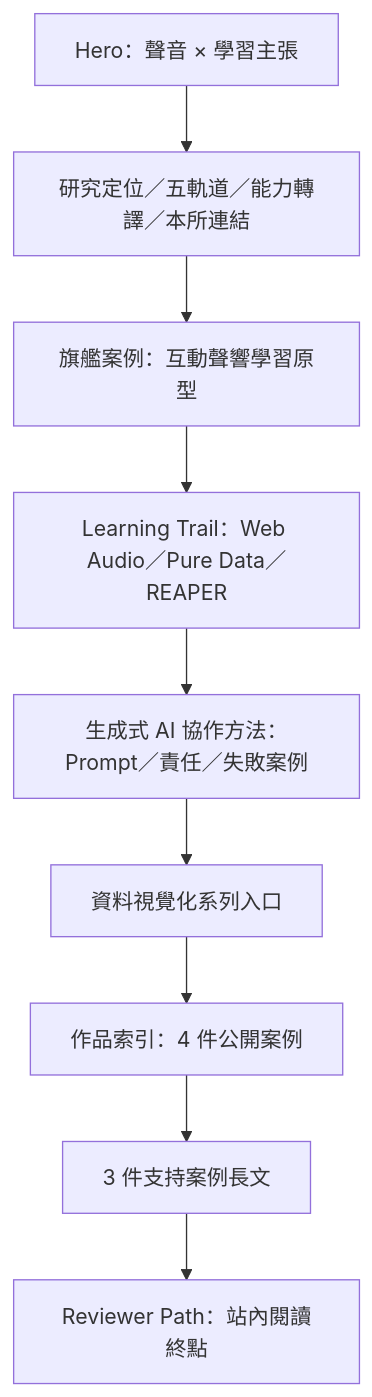
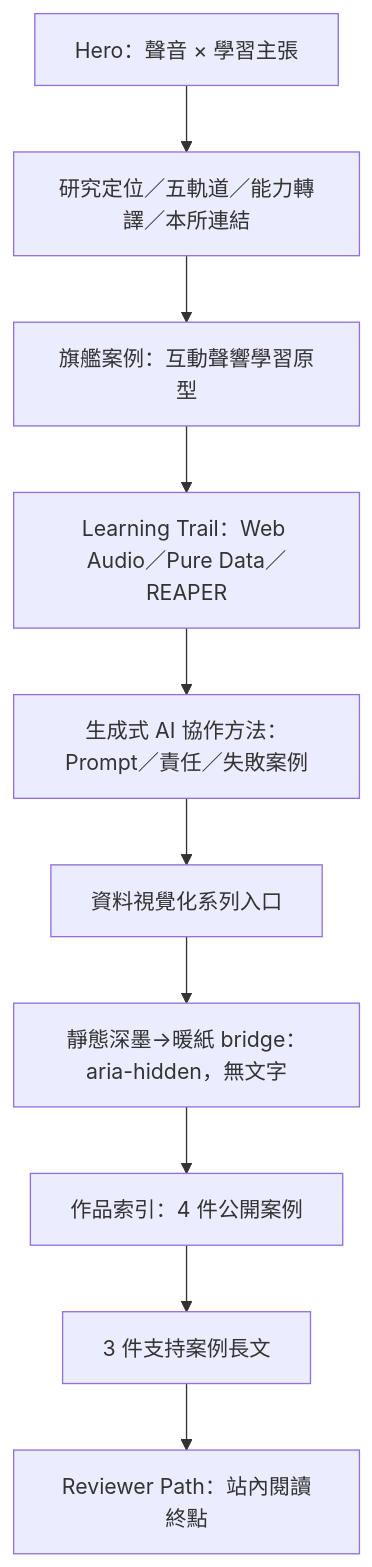
One commit to Ruyuang0509/ruyuang-portfolio changed the diagram in docs/website/CURRENT_STATE.md. Above: the diagram before and after it, drawn with Mermaid. The commit also changed other lines of this file and 22 other files, not shown here.

````diff
--- a/docs/website/CURRENT_STATE.md
+++ b/docs/website/CURRENT_STATE.md
@@ -25,11 +25,12 @@
 ```mermaid
 flowchart TD
   A["Hero：聲音 × 學習主張"] --> B["研究定位／五軌道／能力轉譯／本所連結"]
   B --> C["旗艦案例：互動聲響學習原型"]
   C --> D["Learning Trail：Web Audio／Pure Data／REAPER"]
   D --> E["生成式 AI 協作方法：Prompt／責任／失敗案例"]
   E --> F["資料視覺化系列入口"]
-  F --> G["作品索引：4 件公開案例"]
-  G --> H["3 件支持案例長文"]
-  H --> I["Reviewer Path：站內閱讀終點"]
+  F --> G["靜態深墨→暖紙 bridge：aria-hidden，無文字"]
+  G --> H["作品索引：4 件公開案例"]
+  H --> I["3 件支持案例長文"]
+  I --> J["Reviewer Path：站內閱讀終點"]
 ```
````
